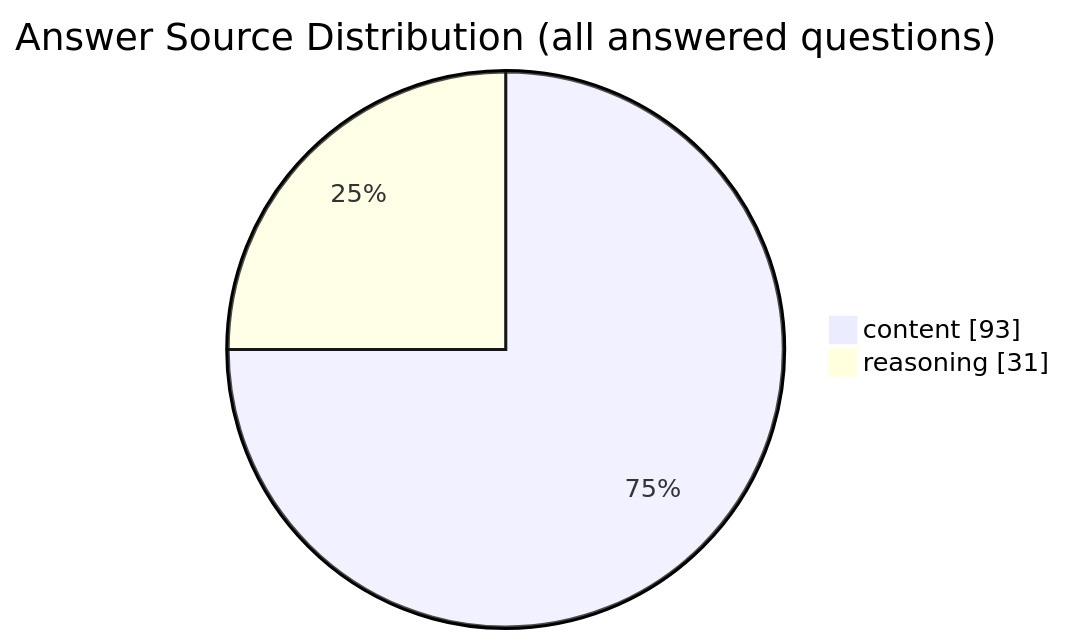
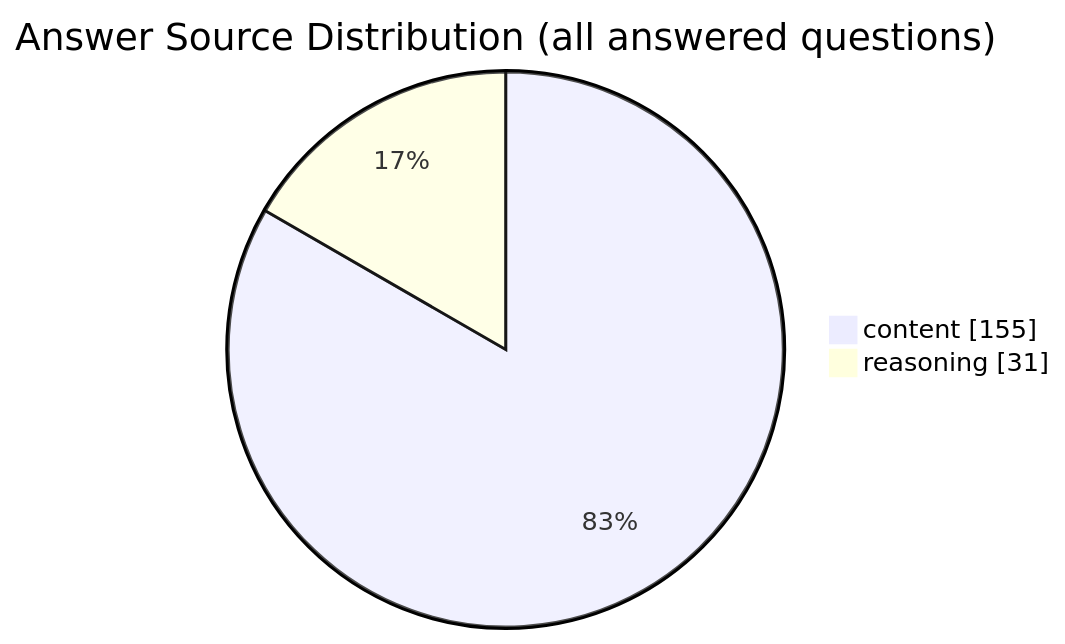
One commit to micelvrice/llm-sbti-fuckery changed the second of 2 diagrams in README.md. Above: the diagram before and after it, drawn with Mermaid. The commit also changed other lines of this file and 5 other files, not shown here.

````diff
--- a/README.md
+++ b/README.md
@@ -73,6 +85,6 @@
 ```mermaid
 pie showData
   title Answer Source Distribution (all answered questions)
-  "content" : 93
+  "content" : 155
   "reasoning" : 31
 ```
````
